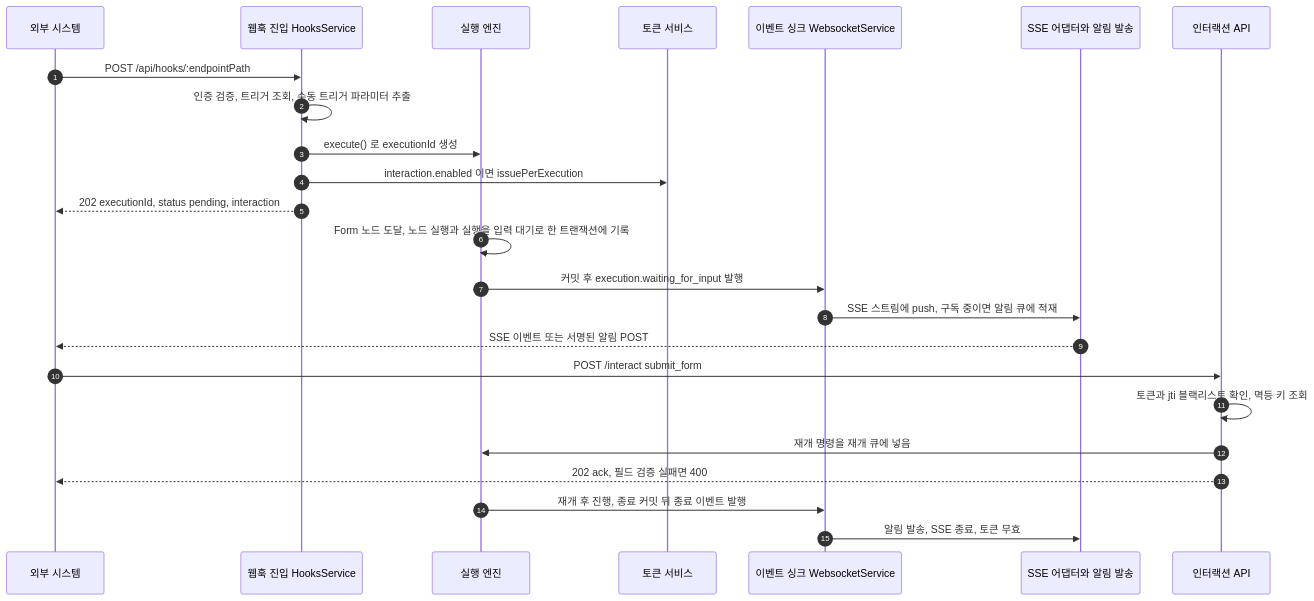
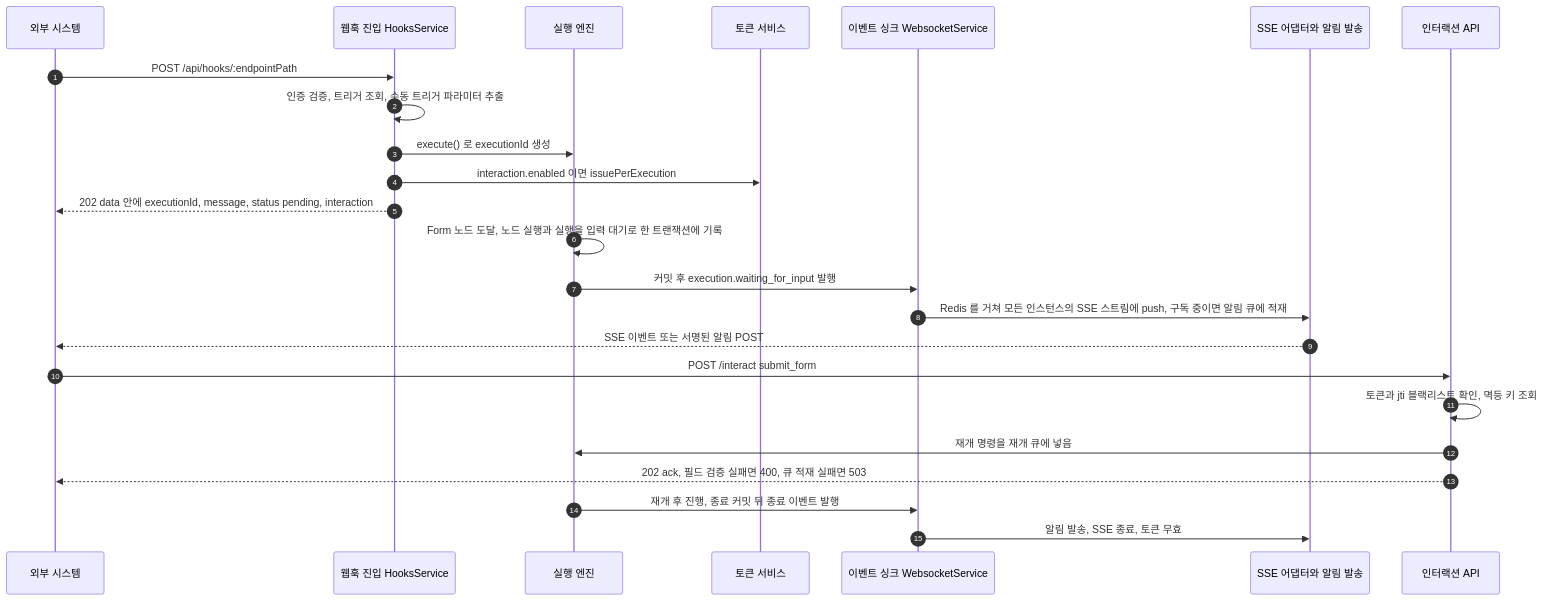
One commit to worker-ants/clemvion changed the diagram in spec/CLE-IX/CLE-EIA.md. Above: the diagram before and after it, drawn with Mermaid. The commit also changed other lines of this file and 32 other files, not shown here.

````diff
--- a/spec/CLE-IX/CLE-EIA.md
+++ b/spec/CLE-IX/CLE-EIA.md
@@ -297,27 +335,27 @@
 ```mermaid
 sequenceDiagram
   autonumber
   participant Ext as 외부 시스템
   participant Hk as 웹훅 진입 HooksService
   participant Eng as 실행 엔진
   participant Tok as 토큰 서비스
   participant WS as 이벤트 싱크 WebsocketService
   participant Out as SSE 어댑터와 알림 발송
   participant Api as 인터랙션 API
 
   Ext->>Hk: POST /api/hooks/:endpointPath
   Hk->>Hk: 인증 검증, 트리거 조회, 수동 트리거 파라미터 추출
   Hk->>Eng: execute() 로 executionId 생성
   Hk->>Tok: interaction.enabled 이면 issuePerExecution
-  Hk-->>Ext: 202 executionId, status pending, interaction
+  Hk-->>Ext: 202 data 안에 executionId, message, status pending, interaction
   Eng->>Eng: Form 노드 도달, 노드 실행과 실행을 입력 대기로 한 트랜잭션에 기록
   Eng->>WS: 커밋 후 execution.waiting_for_input 발행
-  WS->>Out: SSE 스트림에 push, 구독 중이면 알림 큐에 적재
+  WS->>Out: Redis 를 거쳐 모든 인스턴스의 SSE 스트림에 push, 구독 중이면 알림 큐에 적재
   Out-->>Ext: SSE 이벤트 또는 서명된 알림 POST
   Ext->>Api: POST /interact submit_form
   Api->>Api: 토큰과 jti 블랙리스트 확인, 멱등 키 조회
   Api->>Eng: 재개 명령을 재개 큐에 넣음
-  Api-->>Ext: 202 ack, 필드 검증 실패면 400
+  Api-->>Ext: 202 ack, 필드 검증 실패면 400, 큐 적재 실패면 503
   Eng->>WS: 재개 후 진행, 종료 커밋 뒤 종료 이벤트 발행
   WS->>Out: 알림 발송, SSE 종료, 토큰 무효
 ```
````
